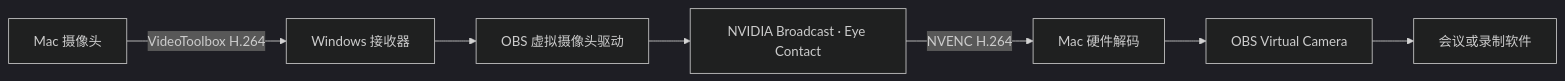
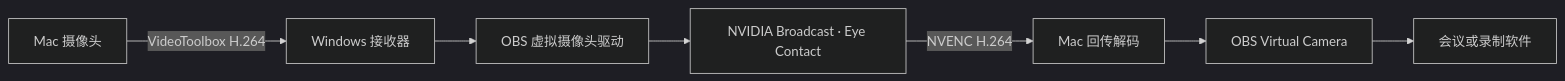
The diagram in README.md (norbertm2050/mac_nvbroadcast_eyecontact), drawn with Mermaid (dark theme) before and after one commit. The commit also changed other lines of this file and 4 other files, not shown here.

````diff
--- a/README.md
+++ b/README.md
@@ -9,9 +9,9 @@
 ```mermaid
 flowchart LR
   A[Mac 摄像头] -->|VideoToolbox H.264| B[Windows 接收器]
   B --> C[OBS 虚拟摄像头驱动]
   C --> D[NVIDIA Broadcast · Eye Contact]
-  D -->|NVENC H.264| E[Mac 硬件解码]
+  D -->|NVENC H.264| E[Mac 回传解码]
   E --> F[OBS Virtual Camera]
   F --> G[会议或录制软件]
 ```
````
